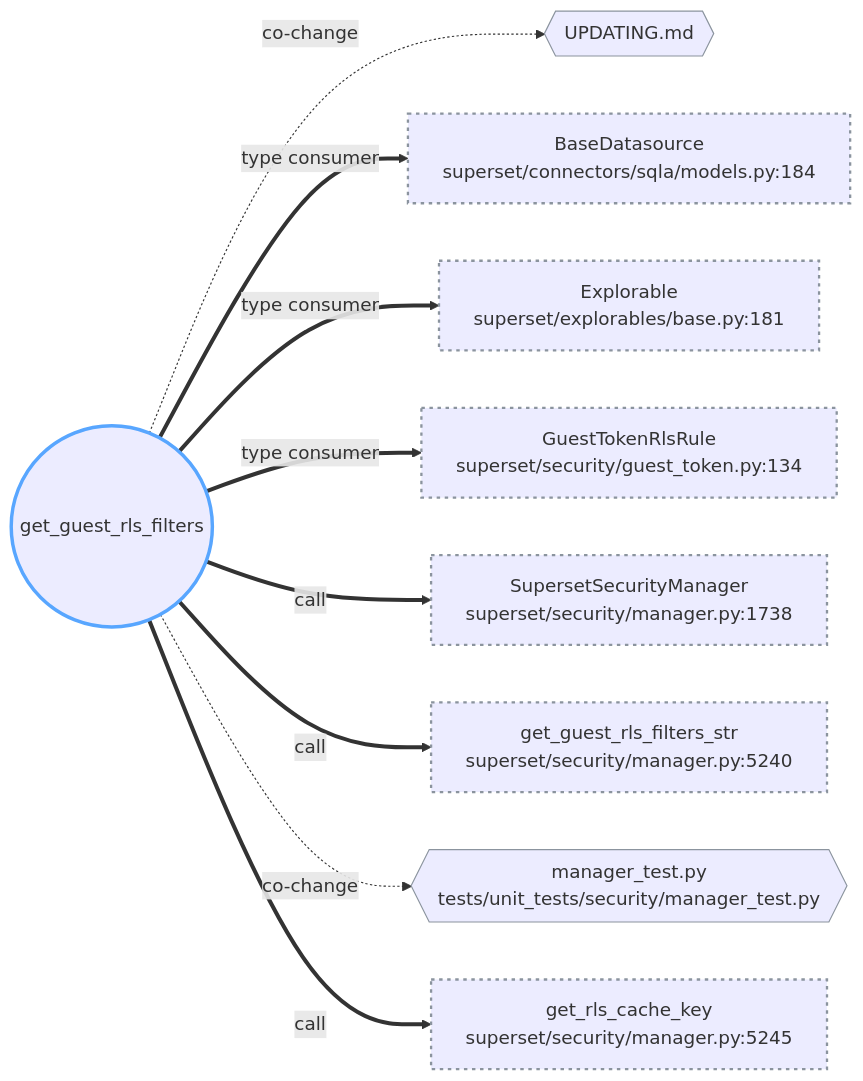
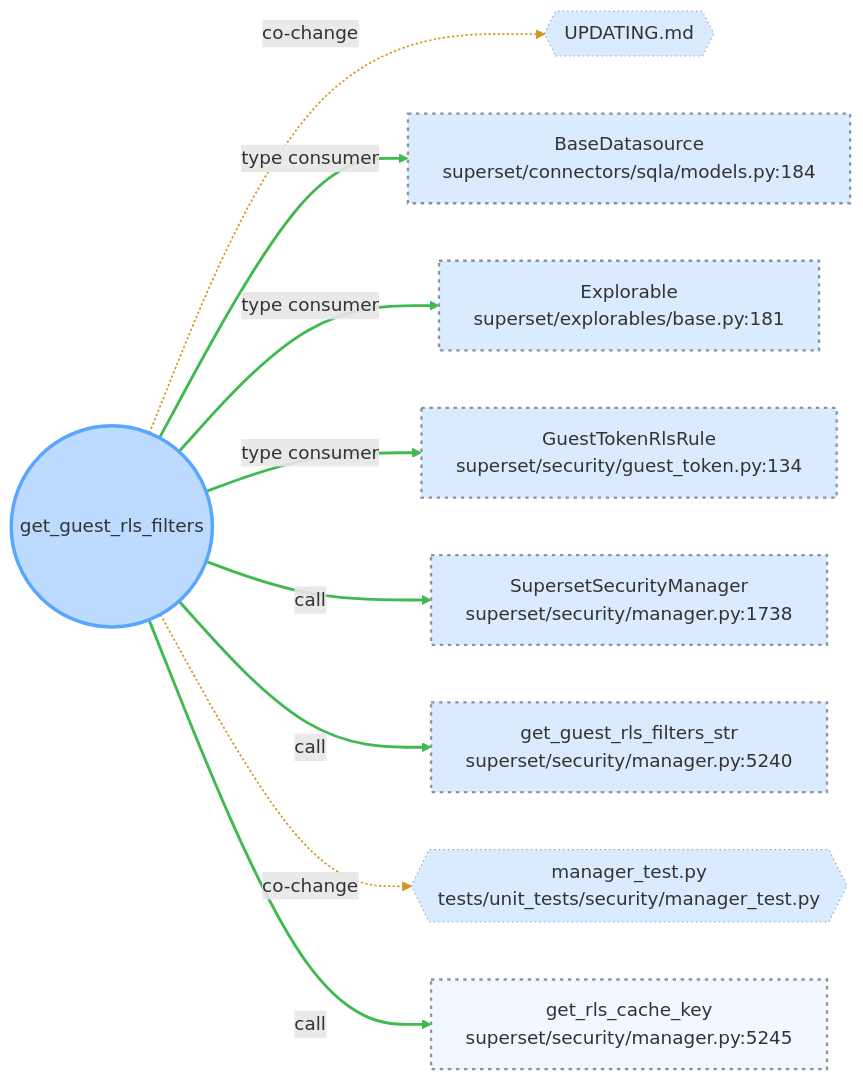
One commit to ramrajsingh/superset changed the diagram in BUILDATHON.md. Above: the diagram before and after it, drawn with Mermaid. The commit also changed other lines of this file and 8 other files, not shown here.

````diff
--- a/BUILDATHON.md
+++ b/BUILDATHON.md
@@ -74,27 +83,32 @@
 ```mermaid
 graph LR
-    classDef focusnode stroke:#58a6ff,stroke-width:3px
-    classDef covered stroke:#3fb950,stroke-width:2px
-    classDef unresolved stroke:#8b949e,stroke-width:2px,stroke-dasharray:3 4
-    classDef nocoverage stroke:#8b949e,stroke-width:1px
-    classDef tests stroke:#bc8cff,stroke-width:2px
+    classDef focusnode stroke:#58a6ff,stroke-width:3px,fill:#58a6ff66
+    classDef tests stroke:#bc8cff,stroke-width:2px,fill:#bc8cff20
+    classDef covered1 stroke:#3fb950,stroke-width:2px,fill:#58a6ff38
+    classDef covered2 stroke:#3fb950,stroke-width:2px,fill:#58a6ff14
+    classDef unresolved1 stroke:#8b949e,stroke-width:2px,stroke-dasharray:3 4,fill:#58a6ff38
+    classDef unresolved2 stroke:#8b949e,stroke-width:2px,stroke-dasharray:3 4,fill:#58a6ff14
+    classDef nocoverage1 stroke:#8b949e,stroke-width:1px,stroke-dasharray:1 3,fill:#58a6ff38
+    classDef nocoverage2 stroke:#8b949e,stroke-width:1px,stroke-dasharray:1 3,fill:#58a6ff14
 
     focus(("get_guest_rls_filters")):::focusnode
-    n0{{"UPDATING.md"}}:::nocoverage
-    n1["BaseDatasource<br/>superset/connectors/sqla/models.py:184"]:::unresolved
-    n2["Explorable<br/>superset/explorables/base.py:181"]:::unresolved
-    n3["GuestTokenRlsRule<br/>superset/security/guest_token.py:134"]:::unresolved
-    n4["SupersetSecurityManager<br/>superset/security/manager.py:1738"]:::unresolved
-    n5["get_guest_rls_filters_str<br/>superset/security/manager.py:5240"]:::unresolved
-    n6{{"manager_test.py<br/>tests/unit_tests/security/manager_test.py"}}:::nocoverage
-    n7["get_rls_cache_key<br/>superset/security/manager.py:5245"]:::unresolved
+    n0{{"UPDATING.md"}}:::nocoverage1
+    n1["BaseDatasource<br/>superset/connectors/sqla/models.py:184"]:::unresolved1
+    n2["Explorable<br/>superset/explorables/base.py:181"]:::unresolved1
+    n3["GuestTokenRlsRule<br/>superset/security/guest_token.py:134"]:::unresolved1
+    n4["SupersetSecurityManager<br/>superset/security/manager.py:1738"]:::unresolved1
+    n5["get_guest_rls_filters_str<br/>superset/security/manager.py:5240"]:::unresolved1
+    n6{{"manager_test.py<br/>tests/unit_tests/security/manager_test.py"}}:::nocoverage1
+    n7["get_rls_cache_key<br/>superset/security/manager.py:5245"]:::unresolved2
 
     focus -.->|co-change| n0
     focus ==>|type consumer| n1
     focus ==>|type consumer| n2
     focus ==>|type consumer| n3
     focus ==>|call| n4
     focus ==>|call| n5
     focus -.->|co-change| n6
     focus ==>|call| n7
+    linkStyle 1,2,3,4,5,7 stroke:#3fb950,stroke-width:2.5px
+    linkStyle 0,6 stroke:#d29922,stroke-width:1.5px
 ```
````
